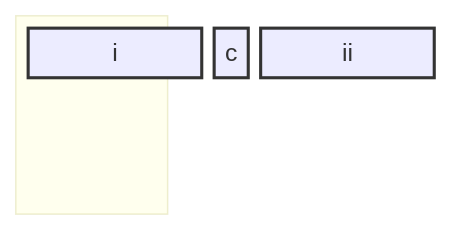
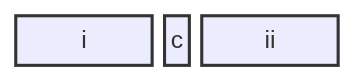
Before and after one commit to tick-engineloop/tick-engineloop.github.io: the first of 3 diagrams in _posts/2024-07-16-Cpp-LearnCpp-MemoryAlignment.md, drawn with Mermaid. The commit also changed other lines of this file, not shown here.

````diff
--- a/_posts/2024-07-16-Cpp-LearnCpp-MemoryAlignment.md
+++ b/_posts/2024-07-16-Cpp-LearnCpp-MemoryAlignment.md
@@ -37,13 +37,11 @@
 ```mermaid
 block-beta
-    block:ID
-        columns 9
-            i:4
-            c:1
-            ii:4
-    end
+    columns 9
+        i:4
+        c:1
+        ii:4
 
 style i stroke:#333,stroke-width:2px
 style c stroke:#333,stroke-width:2px
 style ii stroke:#333,stroke-width:2px
 ```
````
